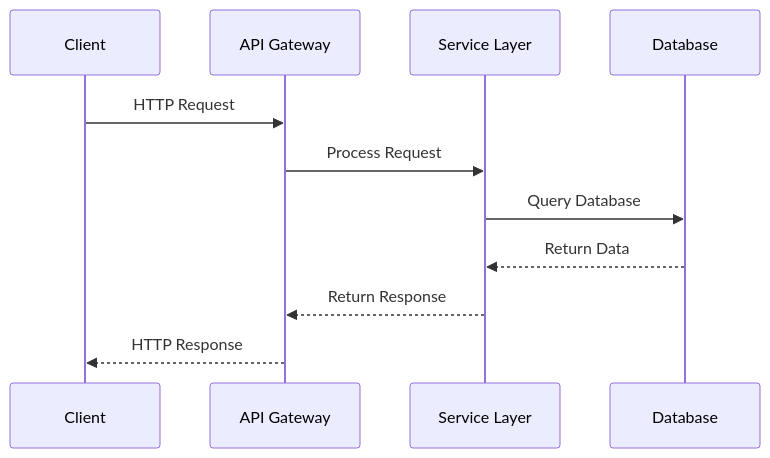
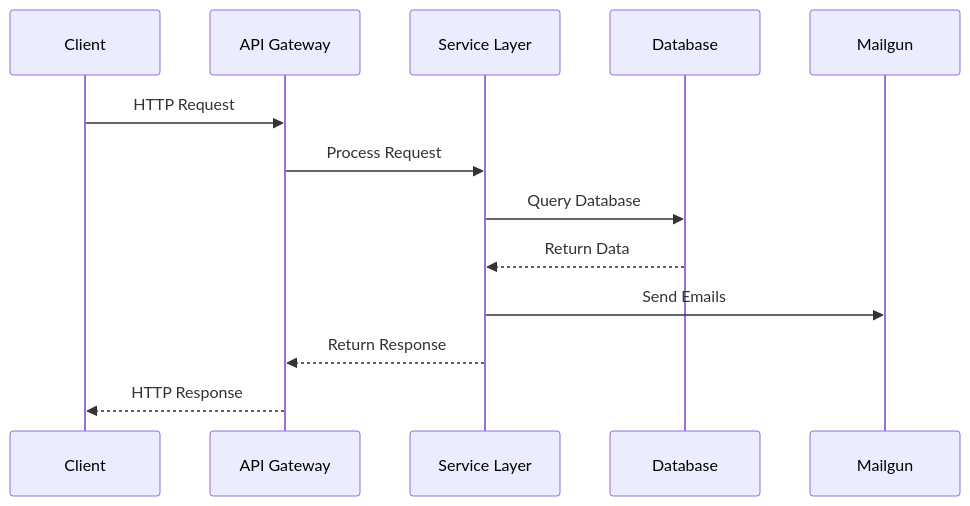
The fourth of 4 diagrams in README_IDATT2105_Semesterprosjekt2025.md (ntnu-blackandbrown/clozet), drawn with Mermaid before and after one commit. The commit also changed other lines of this file and 2 other files, not shown here.

Commit message:
addition of database diagram

````diff
--- a/README_IDATT2105_Semesterprosjekt2025.md
+++ b/README_IDATT2105_Semesterprosjekt2025.md
@@ -270,14 +283,16 @@
 ```mermaid
 sequenceDiagram
     participant C as Client
     participant A as API Gateway
     participant S as Service Layer
     participant D as Database
+    participant M as Mailgun
     
     C->>A: HTTP Request
     A->>S: Process Request
     S->>D: Query Database
     D-->>S: Return Data
+    S->>M: Send Emails
     S-->>A: Return Response
     A-->>C: HTTP Response
 ```
````
